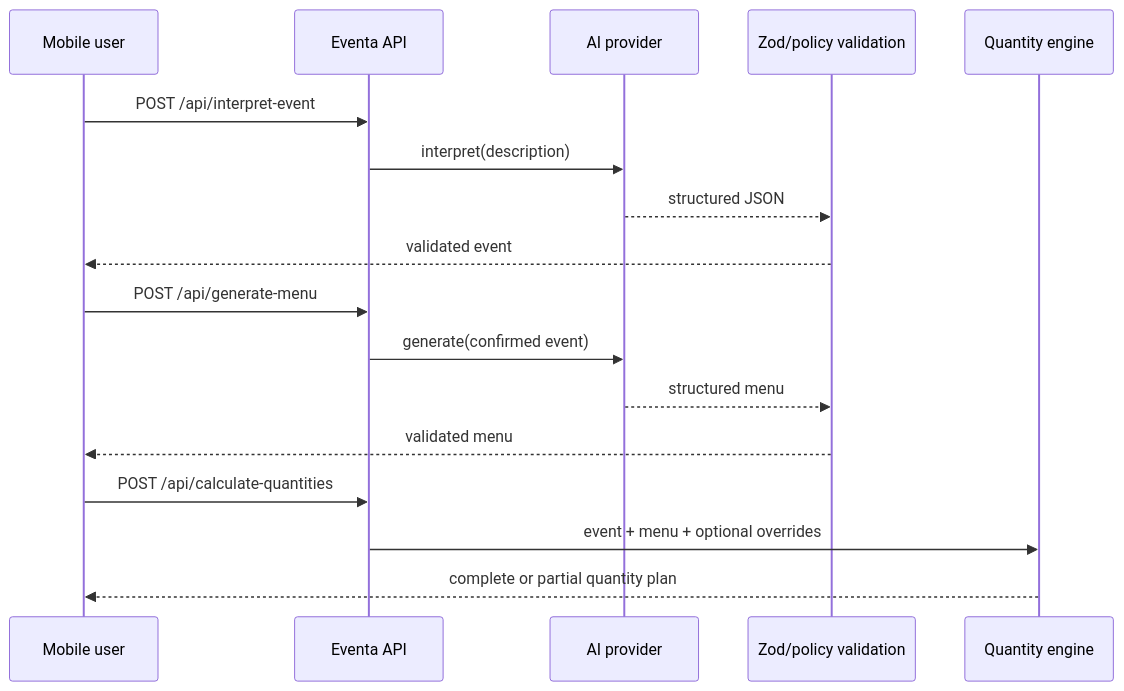
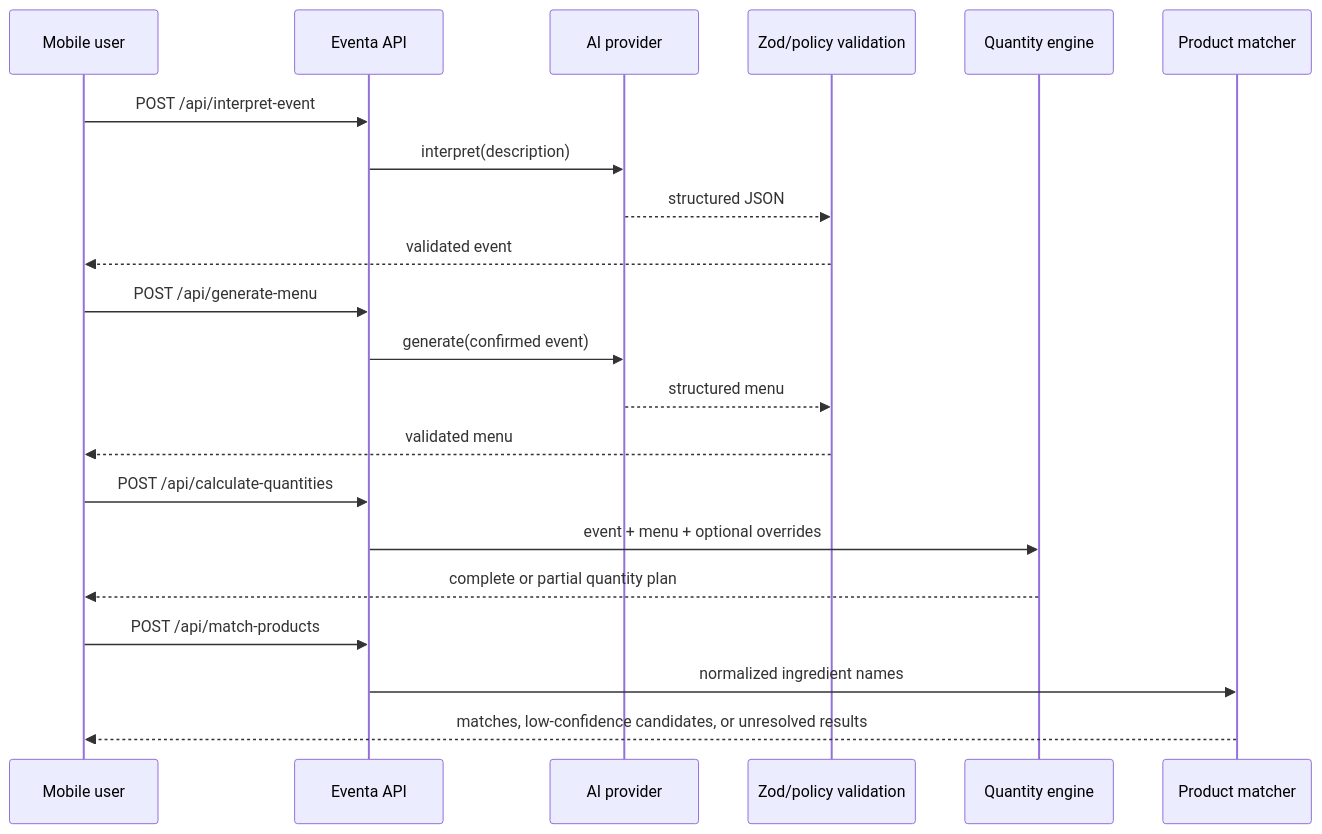
Before and after one commit to farnazkh23/Eventa: the second of 2 diagrams in docs/ARCHITECTURE.md, drawn with Mermaid. The commit also changed other lines of this file and 56 other files, not shown here.

````diff
--- a/docs/ARCHITECTURE.md
+++ b/docs/ARCHITECTURE.md
@@ -24,20 +25,24 @@
 ```mermaid
 sequenceDiagram
   participant U as Mobile user
   participant A as Eventa API
   participant P as AI provider
   participant V as Zod/policy validation
   participant Q as Quantity engine
+  participant M as Product matcher
 
   U->>A: POST /api/interpret-event
   A->>P: interpret(description)
   P-->>V: structured JSON
   V-->>U: validated event
   U->>A: POST /api/generate-menu
   A->>P: generate(confirmed event)
   P-->>V: structured menu
   V-->>U: validated menu
   U->>A: POST /api/calculate-quantities
   A->>Q: event + menu + optional overrides
   Q-->>U: complete or partial quantity plan
+  U->>A: POST /api/match-products
+  A->>M: normalized ingredient names
+  M-->>U: matches, low-confidence candidates, or unresolved results
 ```
````
